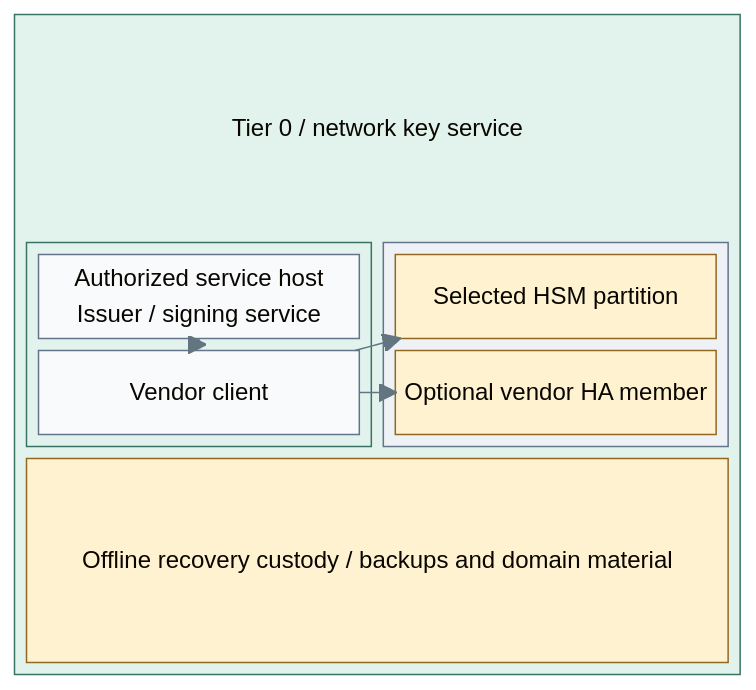
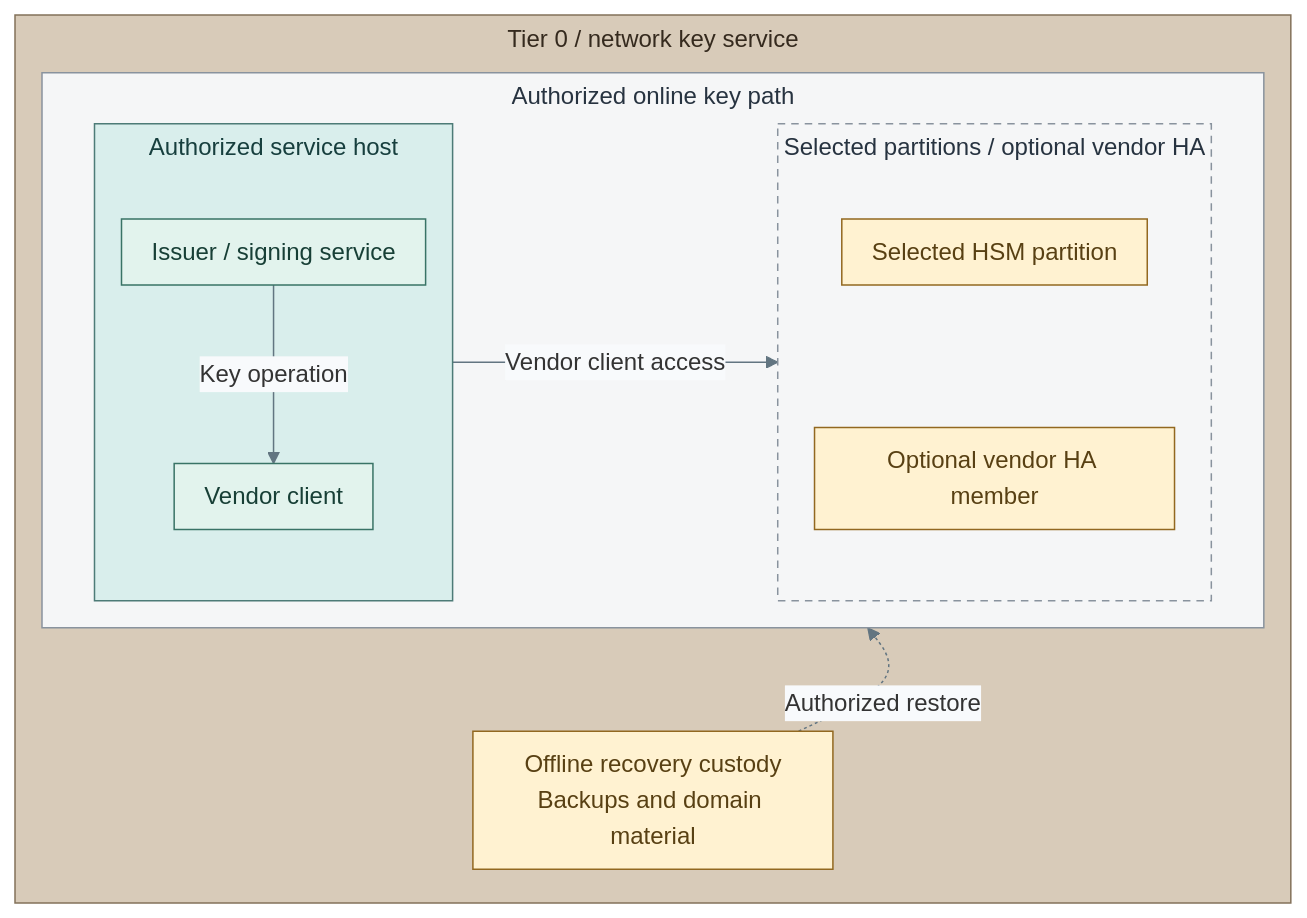
The fourth of 4 diagrams in docs/01-architecture/08-cryptography/03-hsm-selection.md (Rexus/homelab), drawn with Mermaid before and after one commit. The commit also changed other lines of this file and 108 other files, not shown here.

Commit message:
docs(diagrams): unify visual language and opening views

````diff
--- a/docs/01-architecture/08-cryptography/03-hsm-selection.md
+++ b/docs/01-architecture/08-cryptography/03-hsm-selection.md
@@ -145,32 +155,39 @@
 ```mermaid
-%%{init: {"theme":"base","flowchart":{"nodeSpacing":20,"rankSpacing":24,"padding":12,"subGraphTitleMargin":{"top":4,"bottom":12}},"themeVariables":{"lineColor":"#627581","edgeLabelBackground":"#f8fafc"}}}%%
-block-beta
-  columns 1
-  block:T0
-    columns 2
-    T0Title["Tier 0 / network key service"]:2
-    block:Host
-      columns 1
-      Service["Authorized service host<br/>Issuer / signing service"]
-      Client["Vendor client"]
+%%{init: {"theme":"base","flowchart":{"nodeSpacing":16,"rankSpacing":20,"padding":10,"subGraphTitleMargin":{"top":4,"bottom":12}},"themeVariables":{"lineColor":"#627581","edgeLabelBackground":"#f8fafc"}}}%%
+flowchart TB
+  subgraph T0["Tier 0 / network key service"]
+    direction TB
+    subgraph Connected["Authorized online key path"]
+      direction LR
+      subgraph Host["Authorized service host"]
+        direction TB
+        Service["Issuer / signing service"]
+        Client["Vendor client"]
+        Service -->|Key operation| Client
+      end
+      subgraph Appliances["Selected partitions / optional vendor HA"]
+        direction TB
+        PartitionA["Selected HSM partition"]
+        PartitionB["Optional vendor HA member"]
+        PartitionA ~~~ PartitionB
+      end
+      Host -->|Vendor client access| Appliances
     end
-    block:Appliances
-      columns 1
-      PartitionA["Selected HSM partition"]
-      PartitionB["Optional vendor HA member"]
-    end
-    Recovery["Offline recovery custody / backups and domain material"]:2
+    Recovery["Offline recovery custody<br/>Backups and domain material"]
+    Connected ~~~ Recovery
+    Recovery -. Authorized restore .-> Connected
   end
-  Service --> Client
-  Client --> PartitionA
-  Client --> PartitionB
   classDef default fill:#f8fafc,stroke:#64748b,color:#1f2937
+  classDef tier0 fill:#d8cbb9,stroke:#83715a,color:#352a1e
+  classDef group fill:#f5f6f7,stroke:#89939e,color:#273340
+  classDef runtime fill:#d9eeec,stroke:#4d7b77,color:#173f3e
+  classDef replicas fill:#f5f6f7,stroke:#89939e,color:#273340,stroke-dasharray:5 4
   classDef control fill:#e2f3ed,stroke:#397366,color:#173f36
-  classDef controlHeading fill:#e2f3ed,stroke:#e2f3ed,color:#173f36
-  classDef boundary fill:#eef2f6,stroke:#64748b,color:#1f2937
   classDef custody fill:#fff2d1,stroke:#926820,color:#584013
-  class T0,Host control
-  class T0Title controlHeading
-  class Appliances boundary
+  class T0 tier0
+  class Connected group
+  class Host runtime
+  class Appliances replicas
+  class Service,Client control
   class PartitionA,PartitionB,Recovery custody
 ```
````
